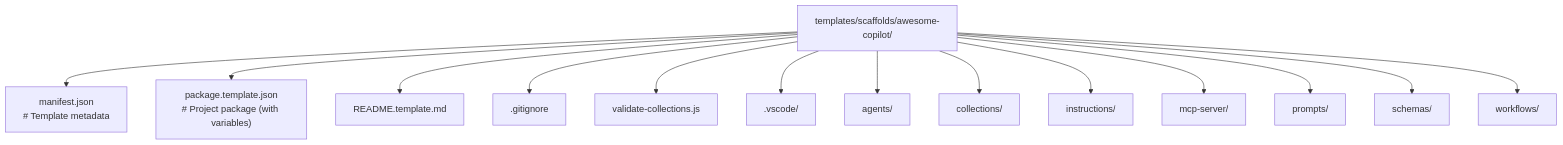
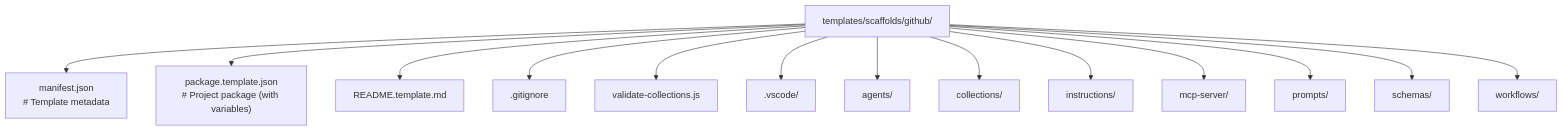
One commit to gblanc-1a/prompt-registry changed the first of 2 diagrams in docs/contributor-guide/architecture/scaffolding.md. Above: the diagram before and after it, drawn with Mermaid. The commit also changed 94 other files, not shown here.

````diff
--- a/docs/contributor-guide/architecture/scaffolding.md
+++ b/docs/contributor-guide/architecture/scaffolding.md
@@ -24,31 +24,31 @@
 ```mermaid
 graph TD
-    A["templates/scaffolds/awesome-copilot/"]
+    A["templates/scaffolds/github/"]
     B["manifest.json<br/># Template metadata"]
     C["package.template.json<br/># Project package (with variables)"]
     D["README.template.md"]
     E[".gitignore"]
     F["validate-collections.js"]
     G[".vscode/"]
     H["agents/"]
     I["collections/"]
     J["instructions/"]
     K["mcp-server/"]
     L["prompts/"]
     M["schemas/"]
     N["workflows/"]
     
     A --> B
     A --> C
     A --> D
     A --> E
     A --> F
     A --> G
     A --> H
     A --> I
     A --> J
     A --> K
     A --> L
     A --> M
     A --> N
 ```
````
